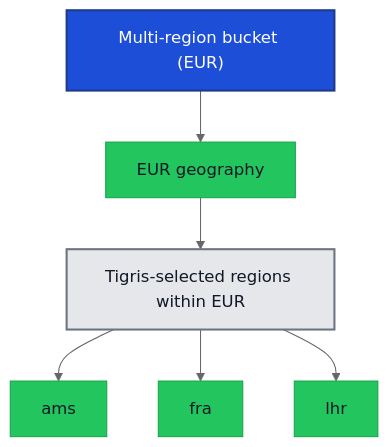
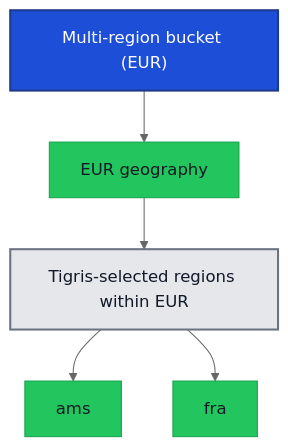
The first of 3 diagrams in blog/2026-03-02-multi-region-buckets/index.mdx (tigrisdata/tigris-blog), drawn with Mermaid (neutral theme) before and after one commit. The commit also changed other lines of this file, not shown here.

````diff
--- a/blog/2026-03-02-multi-region-buckets/index.mdx
+++ b/blog/2026-03-02-multi-region-buckets/index.mdx
@@ -147,23 +147,21 @@
 ```mermaid
 flowchart TD;
   M["Multi-region bucket (EUR)"]
   eurNode["EUR geography"]
   autoNode["Tigris-selected regions within EUR"]
   ams["ams"]
   fra["fra"]
-  lhr["lhr"]
 
   M --> eurNode
   eurNode --> autoNode
   autoNode --> ams
   autoNode --> fra
-  autoNode --> lhr
 
   classDef bucket fill:#1d4ed8,stroke:#1e3a8a,stroke-width:2px,color:#ffffff;
   classDef eur fill:#22c55e,stroke:#16a34a,color:#111827;
   classDef auto fill:#e5e7eb,stroke:#6b7280,stroke-width:2px,color:#111827;
 
   class M bucket;
-  class eurNode,ams,fra,lhr eur;
+  class eurNode,ams,fra eur;
   class autoNode auto;
 ```
````
